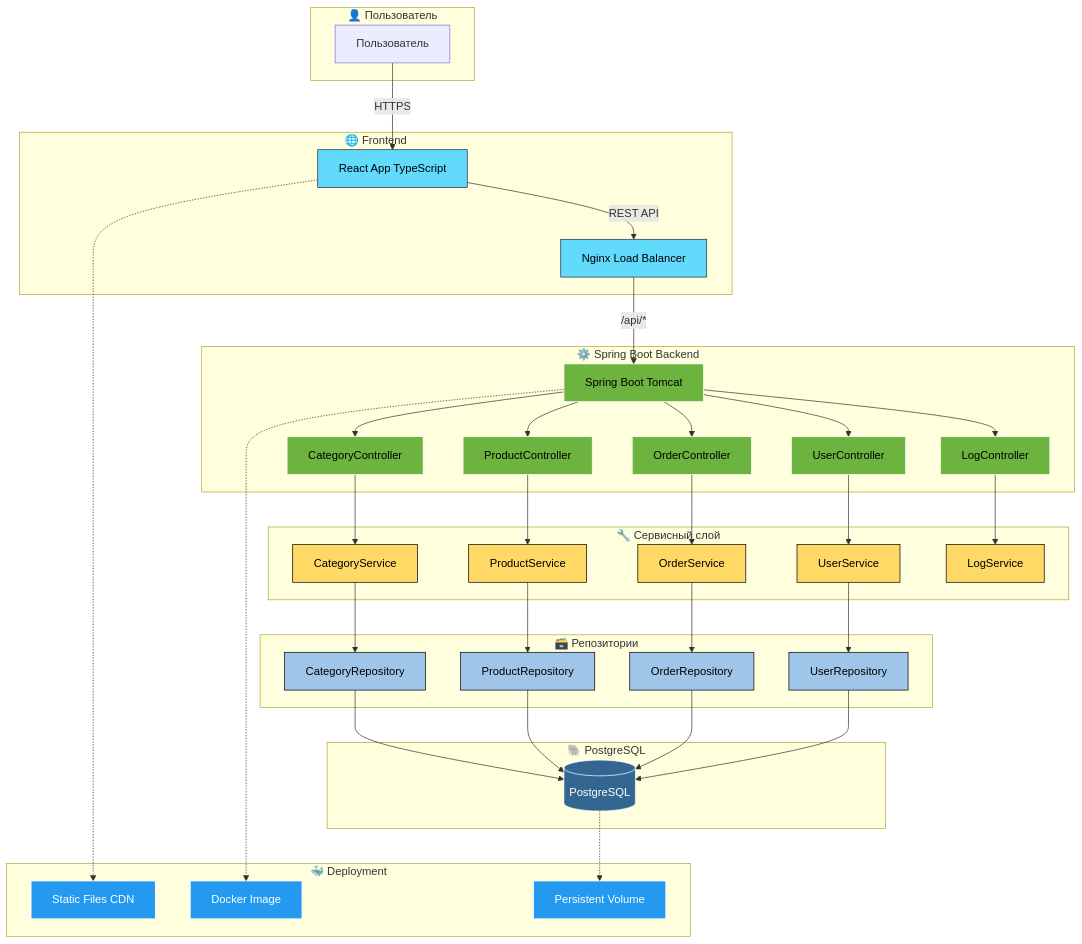
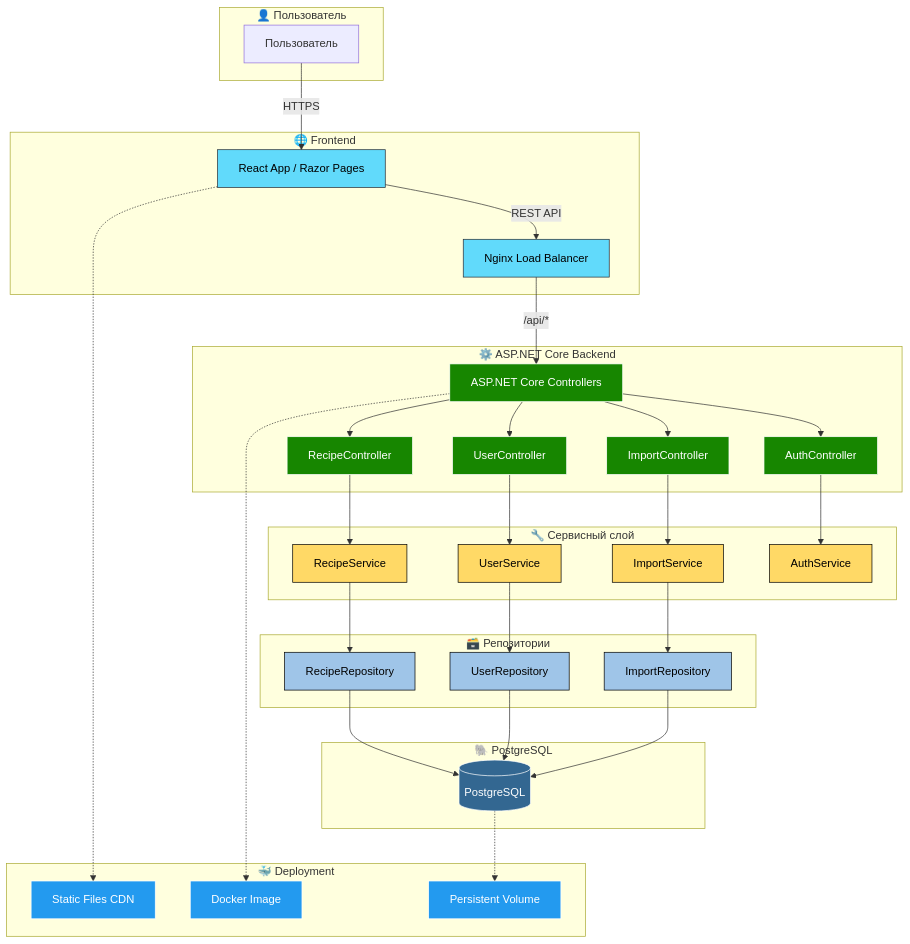
Before and after one commit to Kruazan/Cookbook: the diagram in docs/diagrams/architecture.md, drawn with Mermaid.

````diff
--- a/docs/diagrams/architecture.md
+++ b/docs/diagrams/architecture.md
@@ -1,73 +1,70 @@
 ```mermaid
 graph TB
     %% ---------- Пользователь ----------
     subgraph "👤 Пользователь"
         U[Пользователь]
     end
 
     %% ---------- Frontend ----------
     subgraph "🌐 Frontend"
-        U --> |HTTPS| RA[React App TypeScript]
+        U --> |HTTPS| RA[React App / Razor Pages]
         RA --> |REST API| GLB
     end
 
     %% ---------- Gateway / LB ----------
     GLB[Nginx Load Balancer]
 
     %% ---------- Backend ----------
-    subgraph "⚙️ Spring Boot Backend"
-        GLB --> |/api/*| SB[Spring Boot Tomcat]
-        SB --> CC[CategoryController]
-        SB --> PC[ProductController]
-        SB --> OC[OrderController]
-        SB --> UC[UserController]
-        SB --> LC[LogController]
+    subgraph "⚙️ ASP.NET Core Backend"
+        GLB --> |/api/*| API[ASP.NET Core Controllers]
+        API --> RC[RecipeController]
+        API --> UC[UserController]
+        API --> IC[ImportController]
+        API --> AC[AuthController]
     end
 
     %% ---------- Services ----------
     subgraph "🔧 Сервисный слой"
-        CC --> CS[CategoryService]
-        PC --> PS[ProductService]
-        OC --> OS[OrderService]
+        RC --> RS[RecipeService]
         UC --> US[UserService]
-        LC --> LS[LogService]
+        IC --> IS[ImportService]
+        AC --> AS[AuthService]
     end
 
     %% ---------- Repositories ----------
     subgraph "🗃️ Репозитории"
-        CS --> CR[CategoryRepository]
-        PS --> PR[ProductRepository]
-        OS --> OR[OrderRepository]
+        RS --> RR[RecipeRepository]
         US --> UR[UserRepository]
+        IS --> IR[ImportRepository]
     end
 
     %% ---------- База данных ----------
     subgraph "🐘 PostgreSQL"
-        CR --> DB[(PostgreSQL)]
-        PR --> DB
-        OR --> DB
+        RR --> DB[(PostgreSQL)]
         UR --> DB
+        IR --> DB
     end
 
     %% ---------- Deployment ----------
     subgraph "🐳 Deployment"
         RA -.-> STATIC[Static Files CDN]
-        SB -.-> DOCK[Docker Image]
+        API -.-> DOCK[Docker Image]
         DB -.-> VOL[Persistent Volume]
     end
 
     %% ---------- Цветовые классы ----------
     classDef frontend fill:#61dafb,stroke:#282c34,color:#000
-    classDef backend fill:#6db33f,stroke:#fff,color:#000
+    classDef backend fill:#178600,stroke:#fff,color:#fff
     classDef service fill:#ffd966,stroke:#000,color:#000
     classDef repo fill:#9fc5e8,stroke:#000,color:#000
     classDef db fill:#336791,stroke:#fff,color:#fff
     classDef deployment fill:#239aef,stroke:#fff,color:#fff
 
     class RA,GLB frontend
-    class SB,CC,PC,OC,UC,LC backend
-    class CS,PS,OS,US,LS service
-    class CR,PR,OR,UR repo
+    class API,RC,UC,IC,AC backend
+    class RS,US,IS,AS service
+    class RR,UR,IR repo
     class DB db
     class STATIC,DOCK,VOL deployment
+
 ```
````
